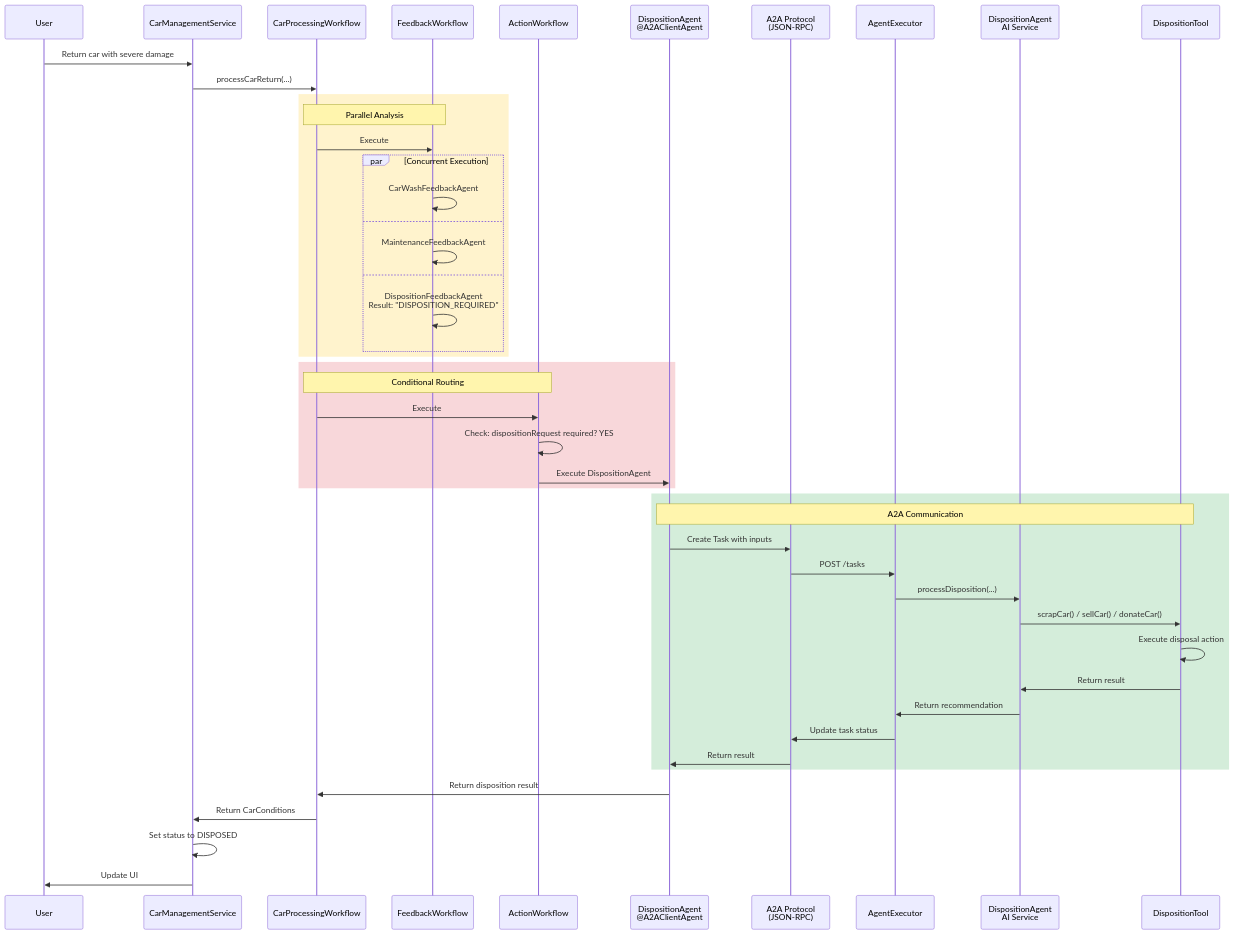
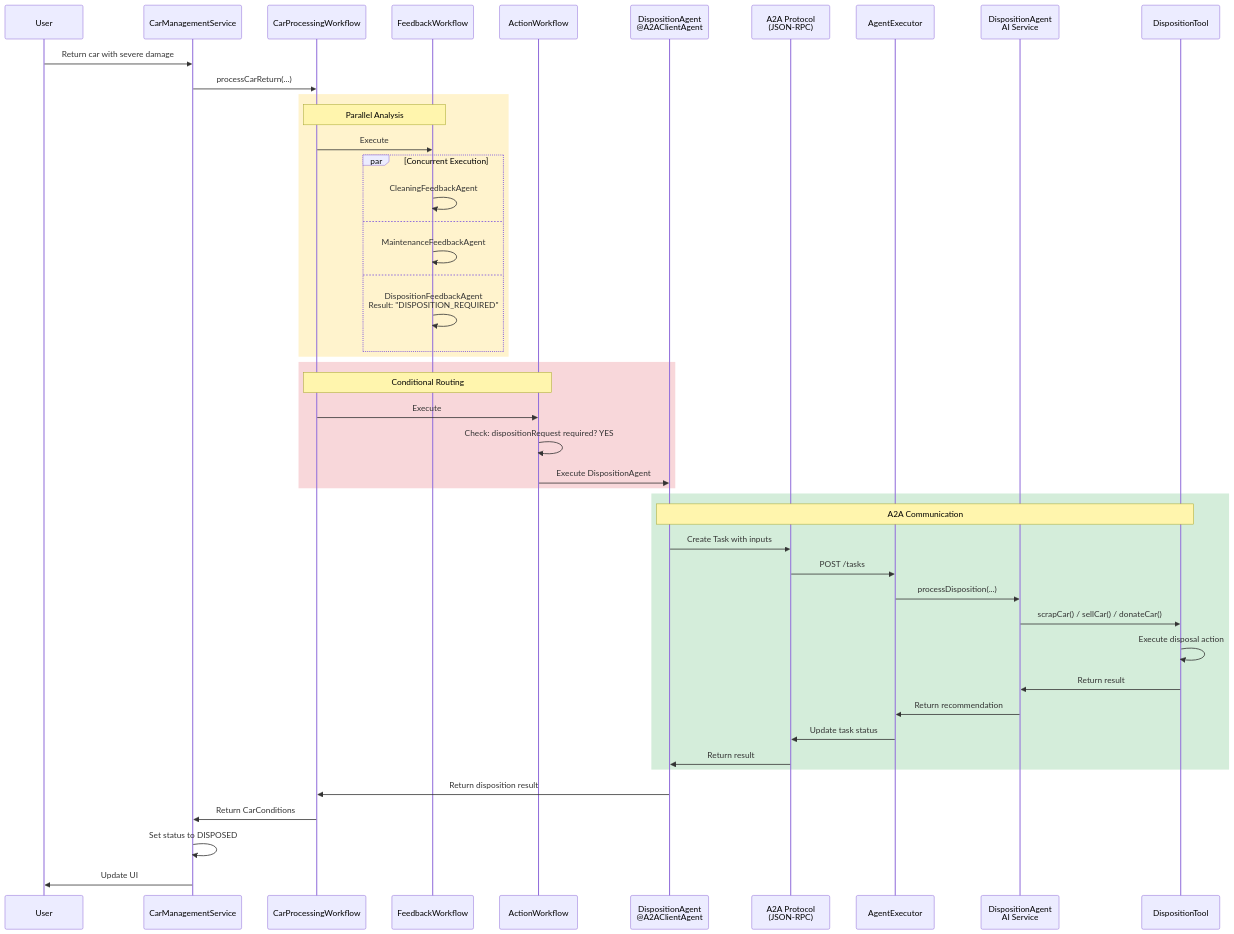
One commit to IBM/ibm-quarkus-ai-langchain4j-workshop changed the fourth of 4 diagrams in docs/docs/section-2/step-04.md. Above: the diagram before and after it, drawn with Mermaid. The commit also changed other lines of this file and 83 other files, not shown here.

````diff
--- a/docs/docs/section-2/step-04.md
+++ b/docs/docs/section-2/step-04.md
@@ -755,53 +751,53 @@
 ```mermaid
 sequenceDiagram
     participant User
     participant Service as CarManagementService
     participant Workflow as CarProcessingWorkflow
     participant FeedbackWF as FeedbackWorkflow
     participant ActionWF as ActionWorkflow
     participant Client as DispositionAgent<br/>@A2AClientAgent
     participant A2A as A2A Protocol<br/>(JSON-RPC)
     participant Executor as AgentExecutor
     participant Remote as DispositionAgent<br/>AI Service
     participant Tool as DispositionTool
 
     User->>Service: Return car with severe damage
     Service->>Workflow: processCarReturn(...)
 
     rect rgb(255, 243, 205)
     Note over Workflow,FeedbackWF: Parallel Analysis
     Workflow->>FeedbackWF: Execute
     par Concurrent Execution
-        FeedbackWF->>FeedbackWF: CarWashFeedbackAgent
+        FeedbackWF->>FeedbackWF: CleaningFeedbackAgent
     and
         FeedbackWF->>FeedbackWF: MaintenanceFeedbackAgent
     and
         FeedbackWF->>FeedbackWF: DispositionFeedbackAgent<br/>Result: "DISPOSITION_REQUIRED"
     end
     end
 
     rect rgb(248, 215, 218)
     Note over Workflow,ActionWF: Conditional Routing
     Workflow->>ActionWF: Execute
     ActionWF->>ActionWF: Check: dispositionRequest required? YES
     ActionWF->>Client: Execute DispositionAgent
     end
 
     rect rgb(212, 237, 218)
     Note over Client,Tool: A2A Communication
     Client->>A2A: Create Task with inputs
     A2A->>Executor: POST /tasks
     Executor->>Remote: processDisposition(...)
     Remote->>Tool: scrapCar() / sellCar() / donateCar()
     Tool->>Tool: Execute disposal action
     Tool->>Remote: Return result
     Remote->>Executor: Return recommendation
     Executor->>A2A: Update task status
     A2A->>Client: Return result
     end
 
     Client->>Workflow: Return disposition result
     Workflow->>Service: Return CarConditions
     Service->>Service: Set status to DISPOSED
     Service->>User: Update UI
 ```
````
